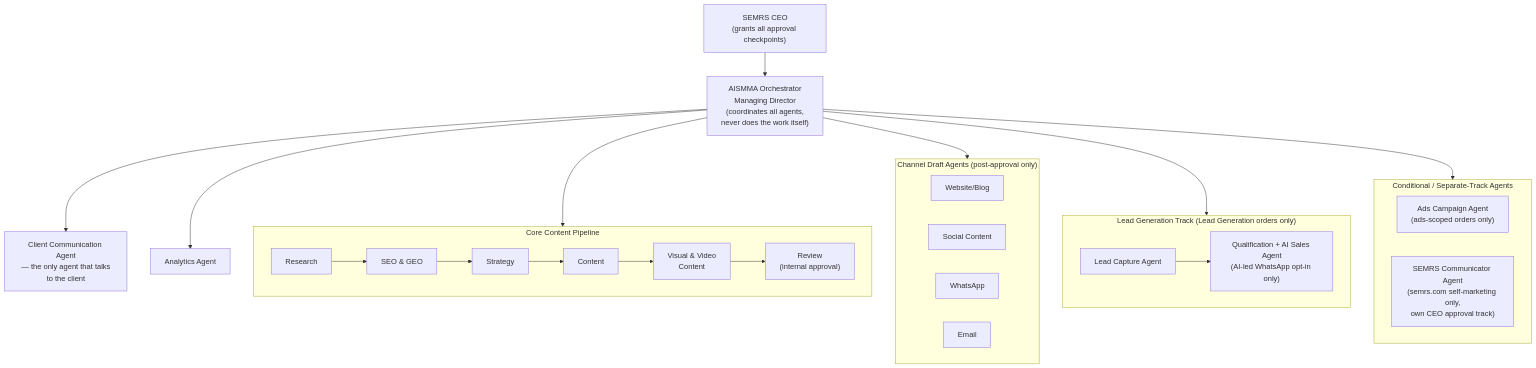
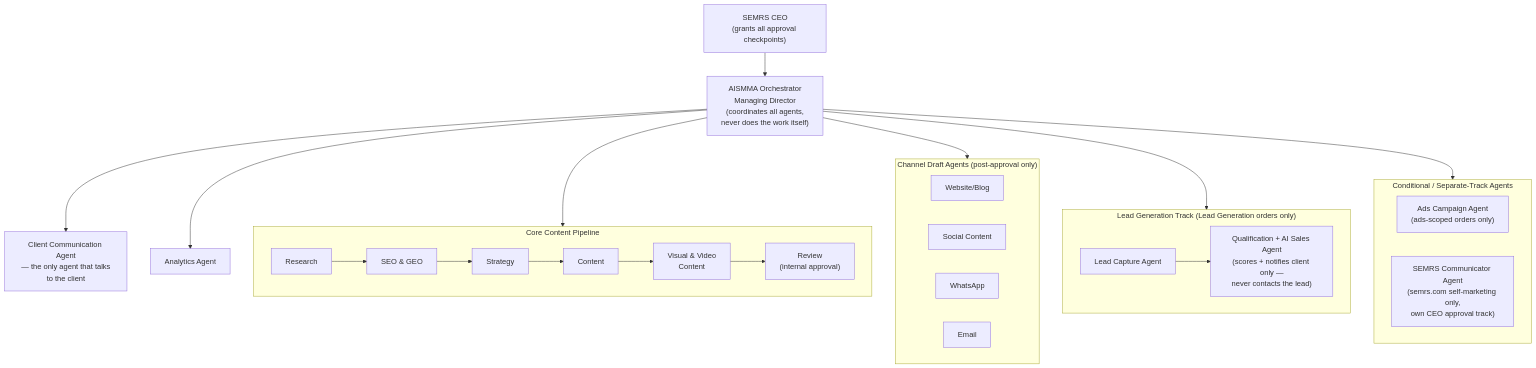
Before and after one commit to guestblogob-boop/SEMRS-MAM-System: the first of 3 diagrams in CLAUDE.md, drawn with Mermaid. The commit also changed other lines of this file and 4 other files, not shown here.

````diff
--- a/CLAUDE.md
+++ b/CLAUDE.md
@@ -819,38 +924,38 @@
 ```mermaid
 flowchart TD
     CEO["SEMRS CEO<br/>(grants all approval checkpoints)"]
     ORCH["AISMMA Orchestrator<br/>Managing Director<br/>(coordinates all agents,<br/>never does the work itself)"]
     CEO --> ORCH
 
     ORCH --> CC["Client Communication Agent<br/>— the only agent that talks<br/>to the client"]
 
     subgraph PIPE["Core Content Pipeline"]
         direction LR
         RES["Research"] --> SEOG["SEO & GEO"] --> STRAT["Strategy"] --> CONT["Content"] --> VIS["Visual & Video<br/>Content"] --> REV["Review<br/>(internal approval)"]
     end
     ORCH --> PIPE
 
     subgraph DRAFT["Channel Draft Agents (post-approval only)"]
         direction LR
         WEB["Website/Blog"]
         SOC["Social Content"]
         WA["WhatsApp"]
         EM["Email"]
     end
     ORCH --> DRAFT
 
     ORCH --> AN["Analytics Agent"]
 
     subgraph LEADGEN["Lead Generation Track (Lead Generation orders only)"]
         direction LR
-        LC["Lead Capture Agent"] --> QS["Qualification + AI Sales Agent<br/>(AI-led WhatsApp opt-in only)"]
+        LC["Lead Capture Agent"] --> QS["Qualification + AI Sales Agent<br/>(scores + notifies client only —<br/>never contacts the lead)"]
     end
     ORCH --> LEADGEN
 
     subgraph COND["Conditional / Separate-Track Agents"]
         direction LR
         ADS["Ads Campaign Agent<br/>(ads-scoped orders only)"]
         SC["SEMRS Communicator Agent<br/>(semrs.com self-marketing only,<br/>own CEO approval track)"]
     end
     ORCH --> COND
 ```
````
